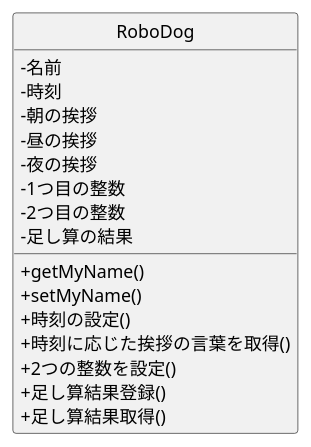
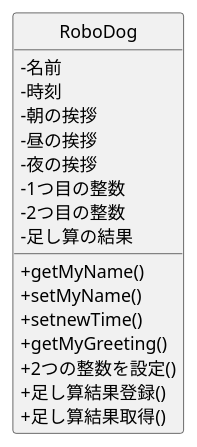
Before and after one commit to MatsuR1ku/ohara_UML: the diagram in 06_robo_dog/06_robo_dog/class.pu, drawn with PlantUML. The commit also changed 3 other files, not shown here.

```diff
--- a/06_robo_dog/06_robo_dog/class.pu
+++ b/06_robo_dog/06_robo_dog/class.pu
@@ -1,24 +1,24 @@
 @startuml Robodogクラス図
 skinparam classAttributeIconSize 0
 hide circle
 
 class RoboDog {
  -名前
  -時刻
  -朝の挨拶
  -昼の挨拶
  -夜の挨拶
  -1つ目の整数
  -2つ目の整数
  -足し算の結果
 
  +getMyName()
  +setMyName()
- +時刻の設定()
- +時刻に応じた挨拶の言葉を取得()
+ +setnewTime()
+ +getMyGreeting()
  +2つの整数を設定()
  +足し算結果登録()
  +足し算結果取得()
 }
 
 @enduml
```
